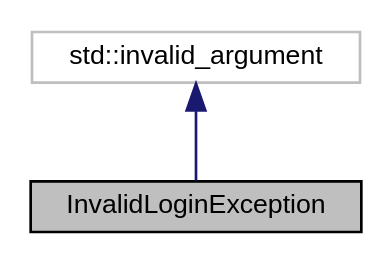
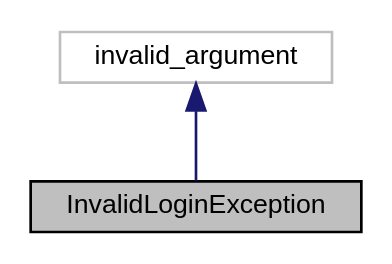
One commit to ctrlMarcio/feup-cal-proj changed the diagram in classInvalidLoginException__inherit__graph.dot. Above: the diagram before and after it, drawn with Graphviz. The commit also changed 109 other files, not shown here.

```diff
--- a/classInvalidLoginException__inherit__graph.dot
+++ b/classInvalidLoginException__inherit__graph.dot
@@ -1,8 +1,8 @@
 digraph "InvalidLoginException"
 {
   edge [fontname="Helvetica",fontsize="10",labelfontname="Helvetica",labelfontsize="10"];
   node [fontname="Helvetica",fontsize="10",shape=record];
   Node0 [label="InvalidLoginException",height=0.2,width=0.4,color="black", fillcolor="grey75", style="filled", fontcolor="black"];
   Node1 -> Node0 [dir="back",color="midnightblue",fontsize="10",style="solid",fontname="Helvetica"];
-  Node1 [label="std::invalid_argument",height=0.2,width=0.4,color="grey75", fillcolor="white", style="filled"];
+  Node1 [label="invalid_argument",height=0.2,width=0.4,color="grey75", fillcolor="white", style="filled"];
 }
```
